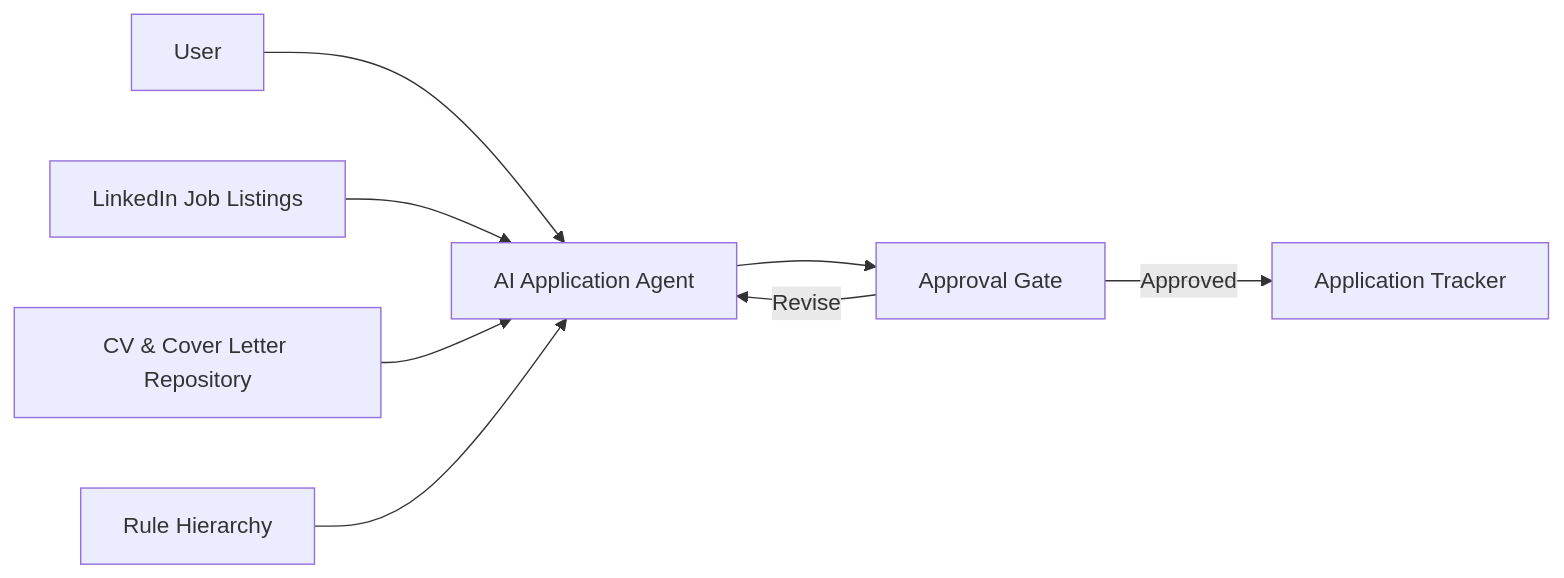
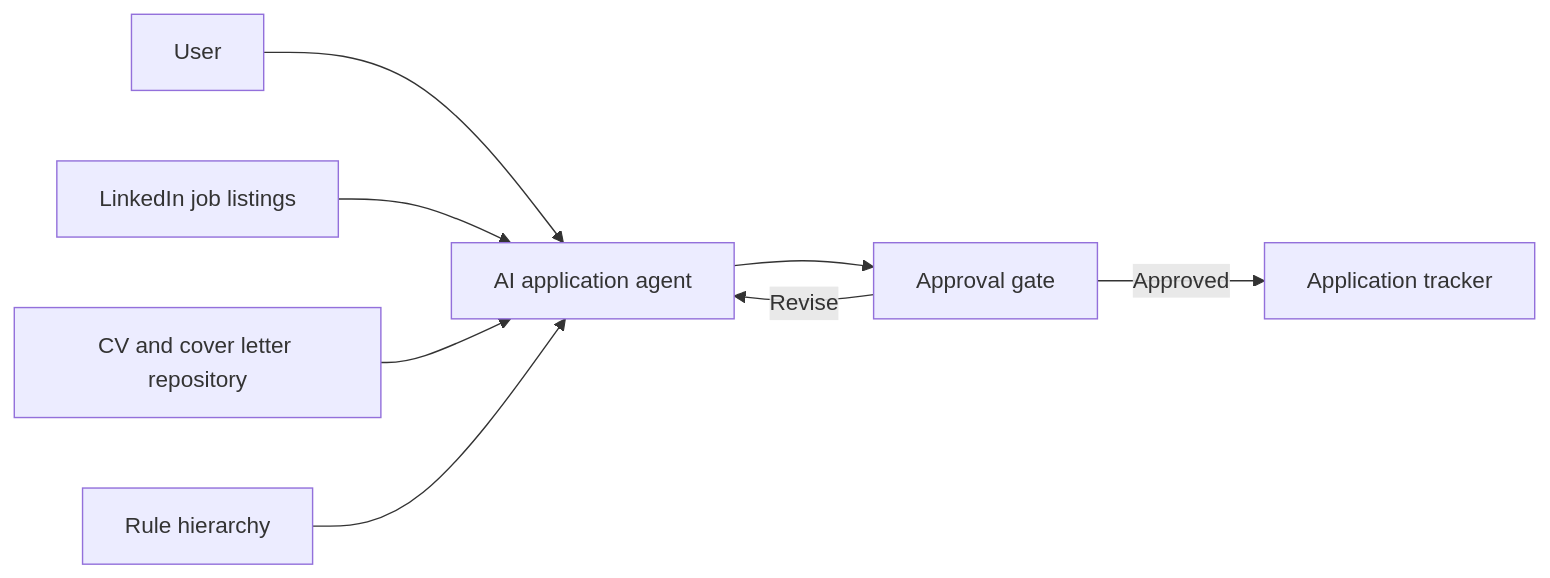
Before and after one commit to kakkarprerna/agentic-job-application-workflow: the second of 4 diagrams in readme.md, drawn with Mermaid. The commit also changed other lines of this file, not shown here.

````diff
--- a/readme.md
+++ b/readme.md
@@ -83,31 +45,17 @@
 ```mermaid
 flowchart LR
-
 User["User"]
-
-Jobs["LinkedIn Job Listings"]
-
-Rules["Rule Hierarchy"]
-
-Docs["CV & Cover Letter Repository"]
-
-Agent["AI Application Agent"]
-
-Approval["Approval Gate"]
-
-Tracker["Application Tracker"]
-
+Jobs["LinkedIn job listings"]
+Rules["Rule hierarchy"]
+Docs["CV and cover letter repository"]
+Agent["AI application agent"]
+Approval["Approval gate"]
+Tracker["Application tracker"]
 User --> Agent
-
 Jobs --> Agent
-
 Docs --> Agent
-
 Rules --> Agent
-
 Agent --> Approval
-
 Approval -->|Approved| Tracker
-
 Approval -->|Revise| Agent
 ```
````
